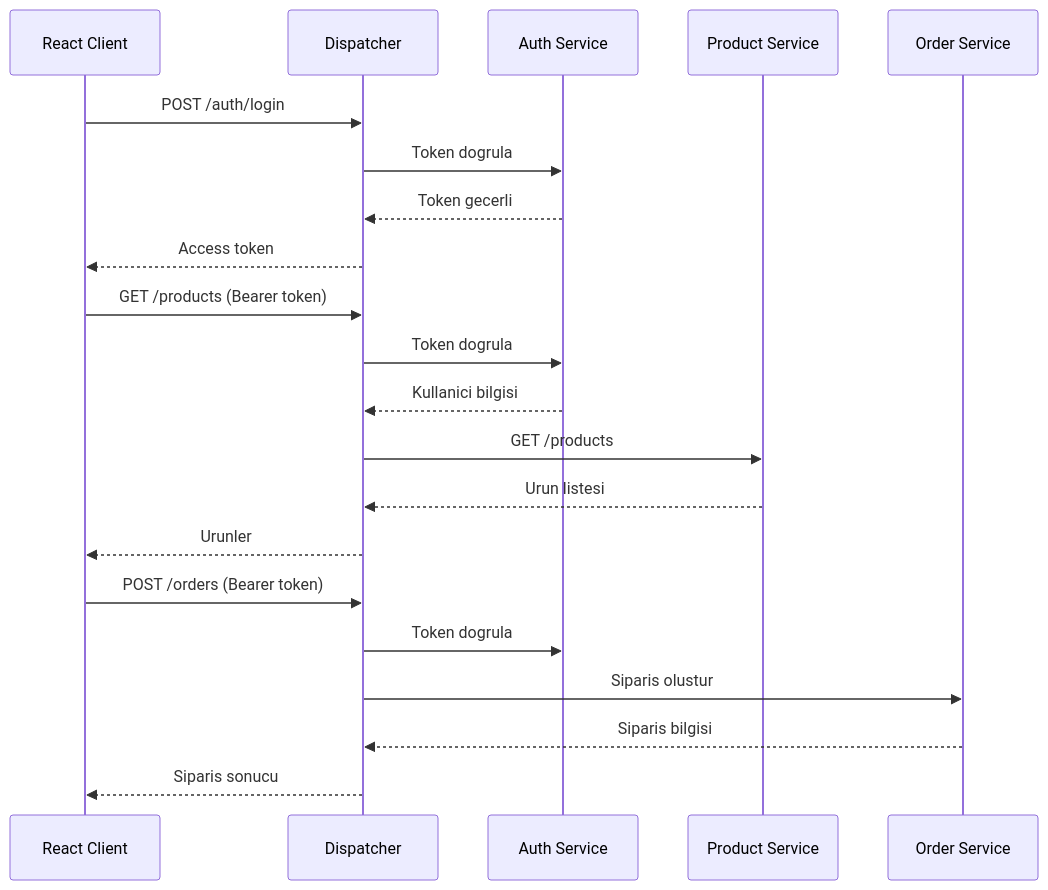
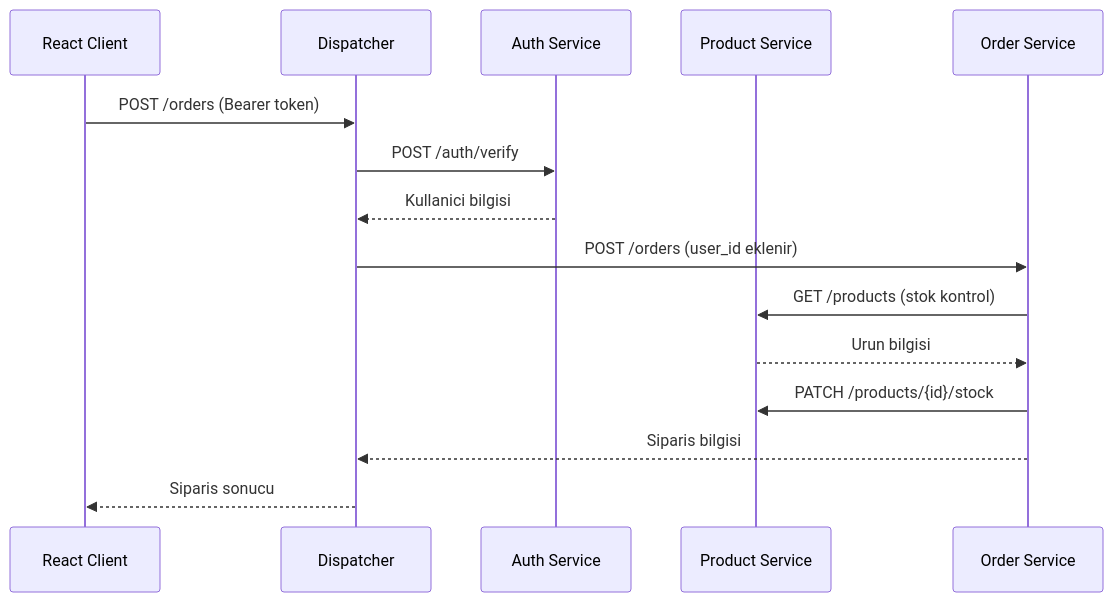
Before and after one commit to Gdenizzz/WebApplication1: the seventh of 8 diagrams in README.md, drawn with Mermaid. The commit also changed other lines of this file and 2 other files, not shown here.

`````diff
--- a/README.md
+++ b/README.md
@@ -60,26 +183,18 @@
-````mermaid
+```mermaid
 sequenceDiagram
     participant C as React Client
     participant D as Dispatcher
     participant A as Auth Service
     participant P as Product Service
     participant O as Order Service
 
-    C->>D: POST /auth/login
-    D->>A: Token dogrula
-    A-->>D: Token gecerli
-    D-->>C: Access token
-
-    C->>D: GET /products (Bearer token)
-    D->>A: Token dogrula
+    C->>D: POST /orders (Bearer token)
+    D->>A: POST /auth/verify
     A-->>D: Kullanici bilgisi
-    D->>P: GET /products
-    P-->>D: Urun listesi
-    D-->>C: Urunler
-
-    C->>D: POST /orders (Bearer token)
-    D->>A: Token dogrula
-    D->>O: Siparis olustur
+    D->>O: POST /orders (user_id eklenir)
+    O->>P: GET /products (stok kontrol)
+    P-->>O: Urun bilgisi
+    O->>P: PATCH /products/{id}/stock
     O-->>D: Siparis bilgisi
     D-->>C: Siparis sonucu
-````
+```
`````
